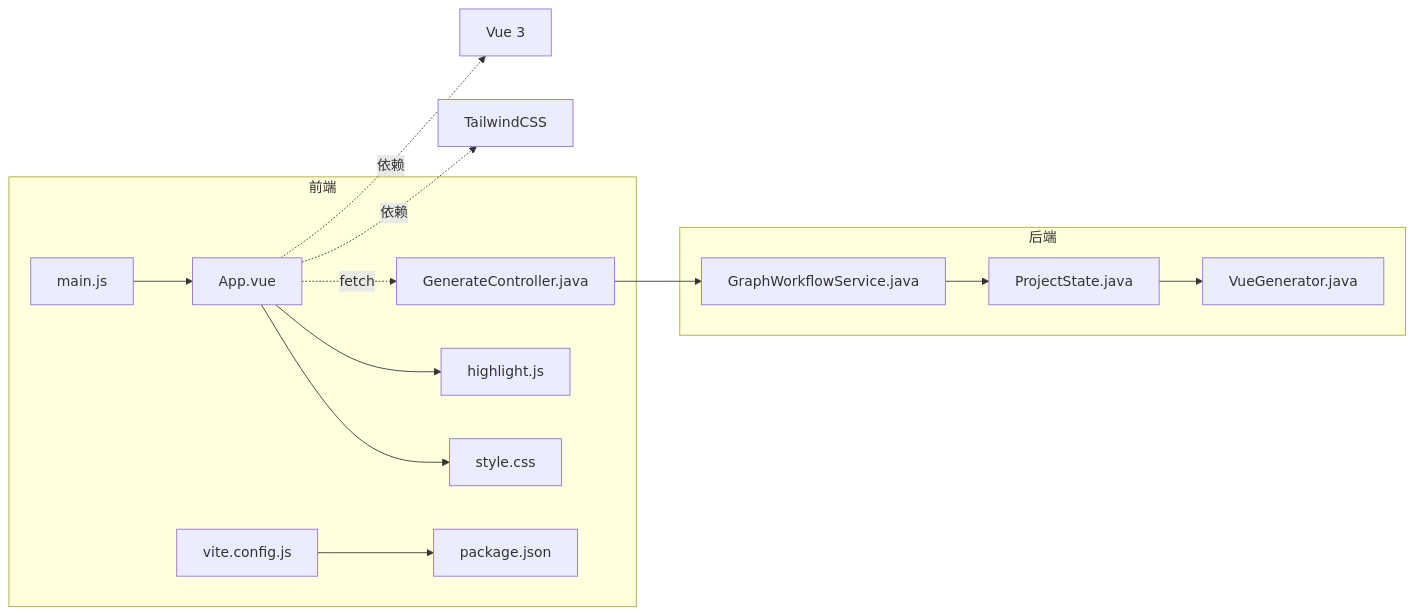
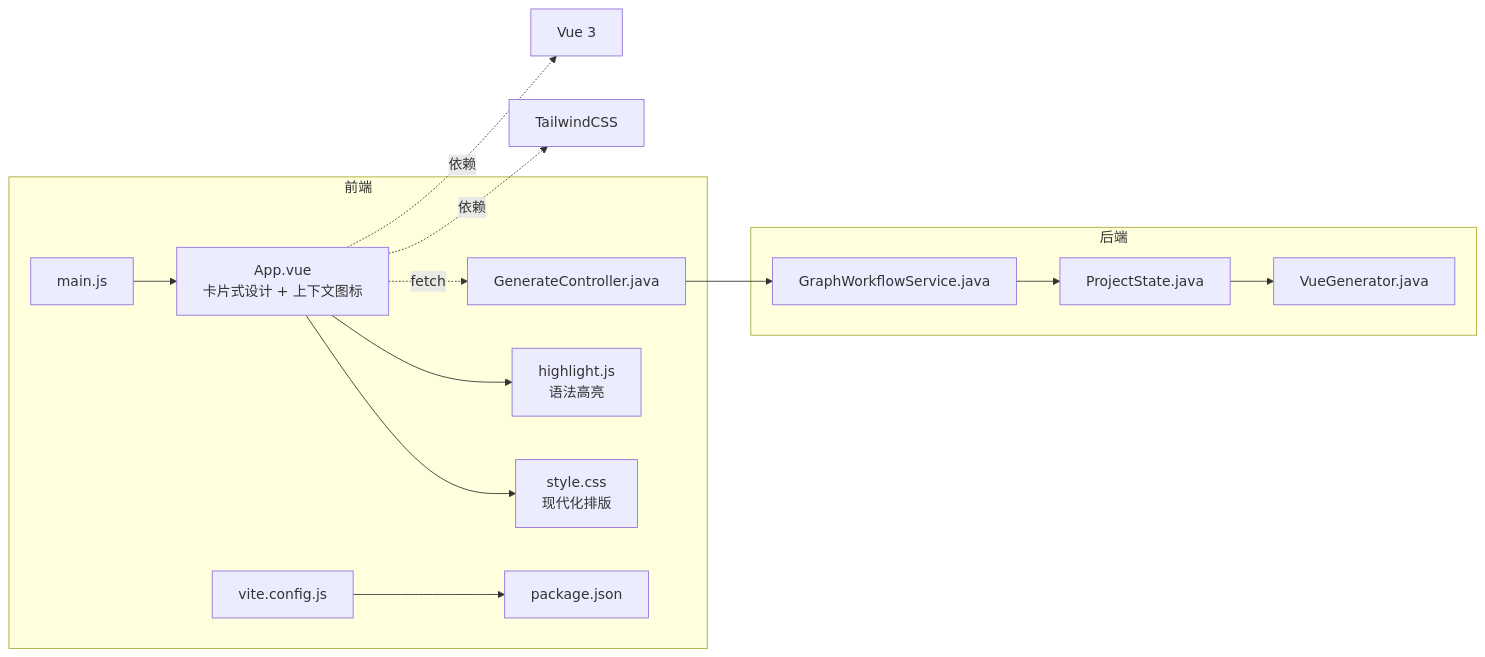
The fourth of 4 diagrams in .qoder/repowiki/zh/content/前端Vue.js应用.md (CyanYuKi/WebSiteFrontendCodeMother), drawn with Mermaid before and after one commit. The commit also changed other lines of this file and 21 other files, not shown here.

````diff
--- a/.qoder/repowiki/zh/content/前端Vue.js应用.md
+++ b/.qoder/repowiki/zh/content/前端Vue.js应用.md
@@ -226,17 +233,17 @@
 ```mermaid
 graph LR
 subgraph "前端"
-M["main.js"] --> A["App.vue"]
-A --> S["style.css"]
-A --> H["highlight.js"]
+M["main.js"] --> A["App.vue<br/>卡片式设计 + 上下文图标"]
+A --> S["style.css<br/>现代化排版"]
+A --> H["highlight.js<br/>语法高亮"]
 A -.fetch.-> C["GenerateController.java"]
 V["vite.config.js"] --> P["package.json"]
 end
 subgraph "后端"
 C --> W["GraphWorkflowService.java"]
 W --> R["ProjectState.java"]
 R --> N["VueGenerator.java"]
 end
 A -.依赖.-> T["TailwindCSS"]
 A -.依赖.-> VUE["Vue 3"]
 ```
````
